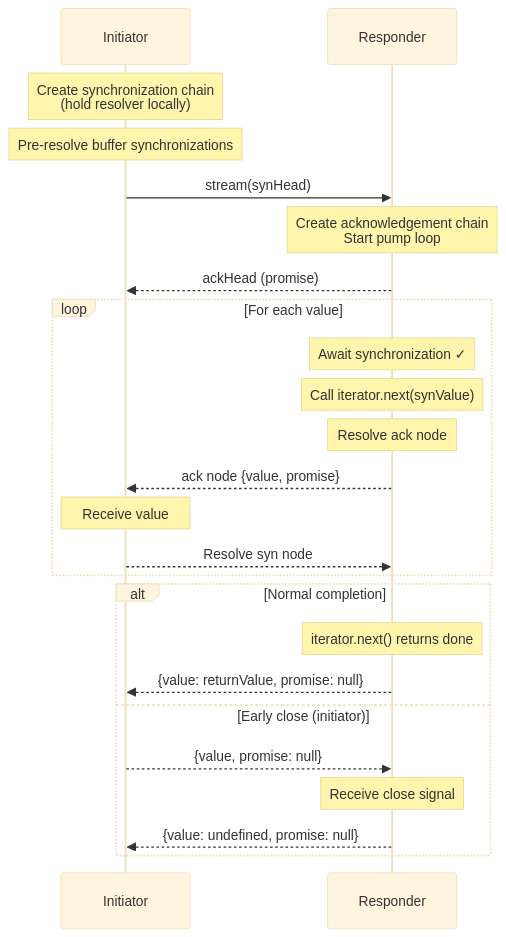
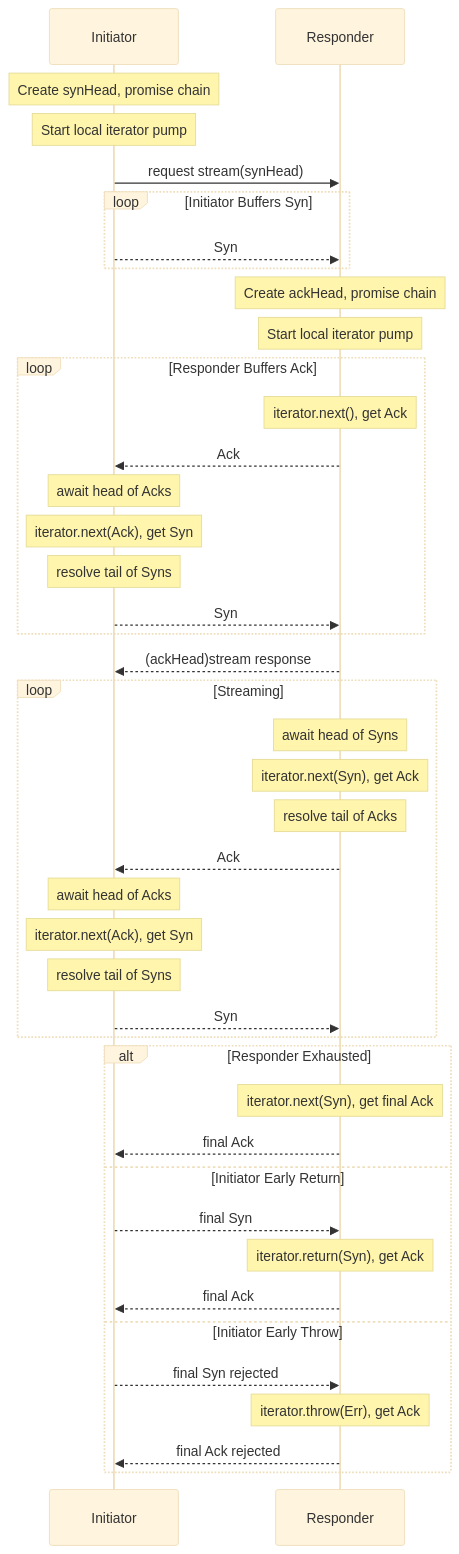
One commit to endojs/endo changed the diagram in packages/exo-stream/DESIGN.md. Above: the diagram before and after it, drawn with Mermaid (base theme). The commit also changed other lines of this file and 1 other file, not shown here.

Commit message:
fix(exo-stream): Further improvements to documentation

````diff
--- a/packages/exo-stream/DESIGN.md
+++ b/packages/exo-stream/DESIGN.md
@@ -45,34 +46,54 @@
 ```mermaid
 sequenceDiagram
-    participant I as Initiator
-    participant R as Responder
+  participant I as Initiator
+  participant R as Responder
 
-    Note over I: Create synchronization chain<br/>(hold resolver locally)
-    Note over I: Pre-resolve buffer synchronizations
+  Note over I: Create synHead, promise chain
+  Note over I: Start local iterator pump
 
-    I->>R: stream(synHead)
+  I->>R: request stream(synHead)
 
-    Note over R: Create acknowledgement chain<br/>Start pump loop
+  loop Initiator Buffers Syn
+    I-->>R: Syn
+  end
 
-    R-->>I: ackHead (promise)
+  Note over R: Create ackHead, promise chain
+  Note over R: Start local iterator pump
 
-    loop For each value
-        Note over R: Await synchronization ✓
-        Note over R: Call iterator.next(synValue)
-        Note over R: Resolve ack node
+  loop Responder Buffers Ack
+    Note over R: iterator.next(), get Ack
+    R-->>I: Ack
 
-        R-->>I: ack node {value, promise}
+    Note over I: await head of Acks
+    Note over I: iterator.next(Ack), get Syn
+    Note over I: resolve tail of Syns
+    I-->>R: Syn
+  end
 
-        Note over I: Receive value
-        I-->>R: Resolve syn node
-    end
+  R-->>I: (ackHead)stream response
 
-    alt Normal completion
-        Note over R: iterator.next() returns done
-        R-->>I: {value: returnValue, promise: null}
-    else Early close (initiator)
-        I-->>R: {value, promise: null}
-        Note over R: Receive close signal
-        R-->>I: {value: undefined, promise: null}
-    end
+  loop Streaming
+    Note over R: await head of Syns
+    Note over R: iterator.next(Syn), get Ack
+    Note over R: resolve tail of Acks
+    R-->>I: Ack
+
+    Note over I: await head of Acks
+    Note over I: iterator.next(Ack), get Syn
+    Note over I: resolve tail of Syns
+    I-->>R: Syn
+  end
+
+  alt Responder Exhausted
+    Note over R: iterator.next(Syn), get final Ack
+    R-->>I: final Ack
+  else Initiator Early Return
+    I-->>R: final Syn
+    Note over R: iterator.return(Syn), get Ack
+    R-->>I: final Ack
+  else Initiator Early Throw
+    I-->>R: final Syn rejected
+    Note over R: iterator.throw(Err), get Ack
+    R-->>I: final Ack rejected
+  end
 ```
````
